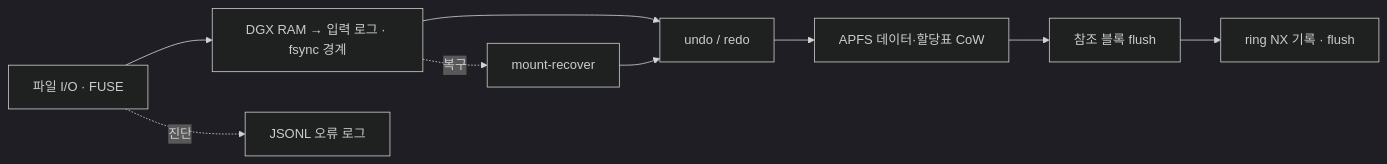
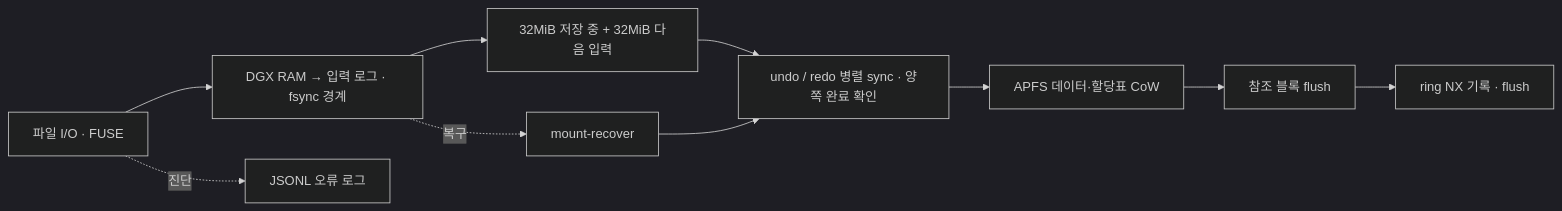
Before and after one commit to JUNJOONHWAN/LAPFS: the diagram in README.md, drawn with Mermaid (dark theme). The commit also changed other lines of this file and 20 other files, not shown here.

````diff
--- a/README.md
+++ b/README.md
@@ -65,11 +66,12 @@
 ```mermaid
 flowchart LR
     IO["파일 I/O · FUSE"] --> Queue["DGX RAM → 입력 로그 · fsync 경계"]
-    Queue --> Journal["undo / redo"]
+    Queue --> Worker["32MiB 저장 중 + 32MiB 다음 입력"]
+    Worker --> Journal["undo / redo 병렬 sync · 양쪽 완료 확인"]
     Journal --> COW["APFS 데이터·할당표 CoW"]
     COW --> Flush["참조 블록 flush"]
     Flush --> NX["ring NX 기록 · flush"]
     Queue -. "복구" .-> Recover["mount-recover"]
     Recover --> Journal
     IO -. "진단" .-> Log["JSONL 오류 로그"]
 ```
````
